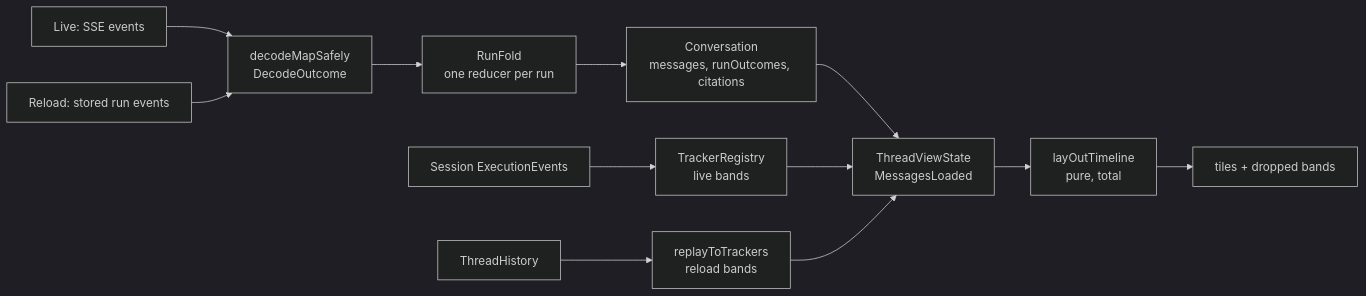
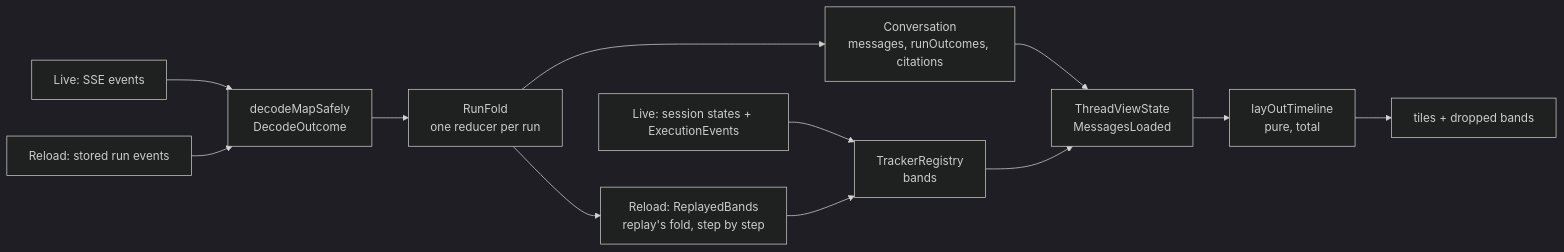
The diagram in docs/adr/ADR-006-thread-timeline-model.md (soliplex/frontend), drawn with Mermaid (dark theme) before and after one commit. The commit also changed other lines of this file and 43 other files, not shown here.

````diff
--- a/docs/adr/ADR-006-thread-timeline-model.md
+++ b/docs/adr/ADR-006-thread-timeline-model.md
@@ -38,14 +38,14 @@
 ```mermaid
 flowchart LR
   live["Live: SSE events"] --> dec["decodeMapSafely<br/>DecodeOutcome"]
   stored["Reload: stored run events"] --> dec
   dec --> fold["RunFold<br/>one reducer per run"]
   fold --> conv["Conversation<br/>messages, runOutcomes, citations"]
-  ev["Session ExecutionEvents"] --> trk["TrackerRegistry<br/>live bands"]
-  hist["ThreadHistory"] --> rep["replayToTrackers<br/>reload bands"]
+  ev["Live: session states + ExecutionEvents"] --> trk["TrackerRegistry<br/>bands"]
+  fold --> rep["Reload: ReplayedBands<br/>replay's fold, step by step"]
+  rep --> trk
   conv --> tvs["ThreadViewState<br/>MessagesLoaded"]
   trk --> tvs
-  rep --> tvs
   tvs --> lay["layOutTimeline<br/>pure, total"]
   lay --> tiles["tiles + dropped bands"]
 ```
````
